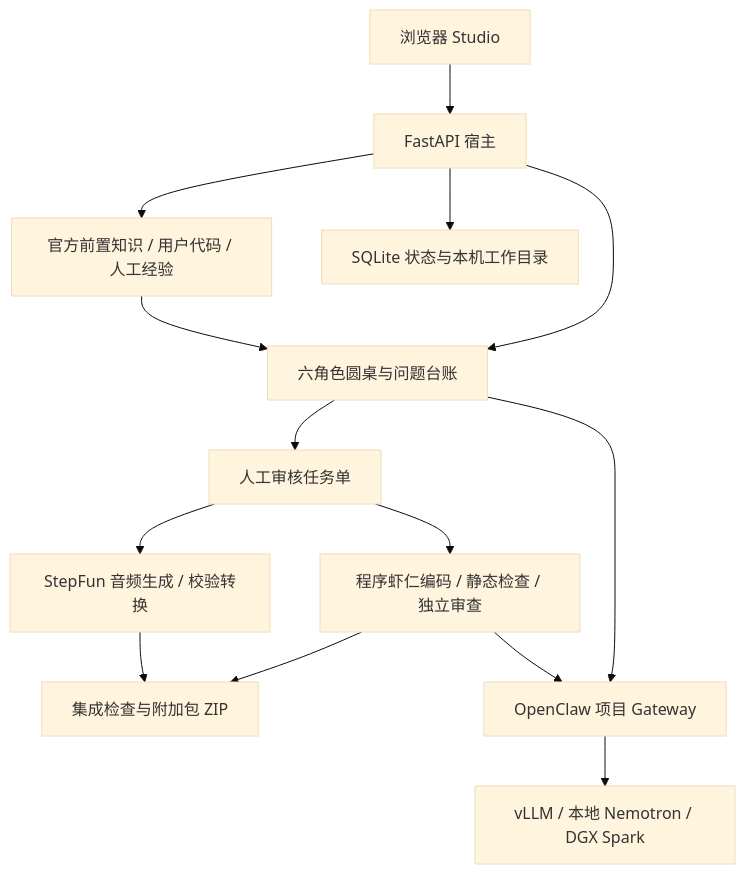
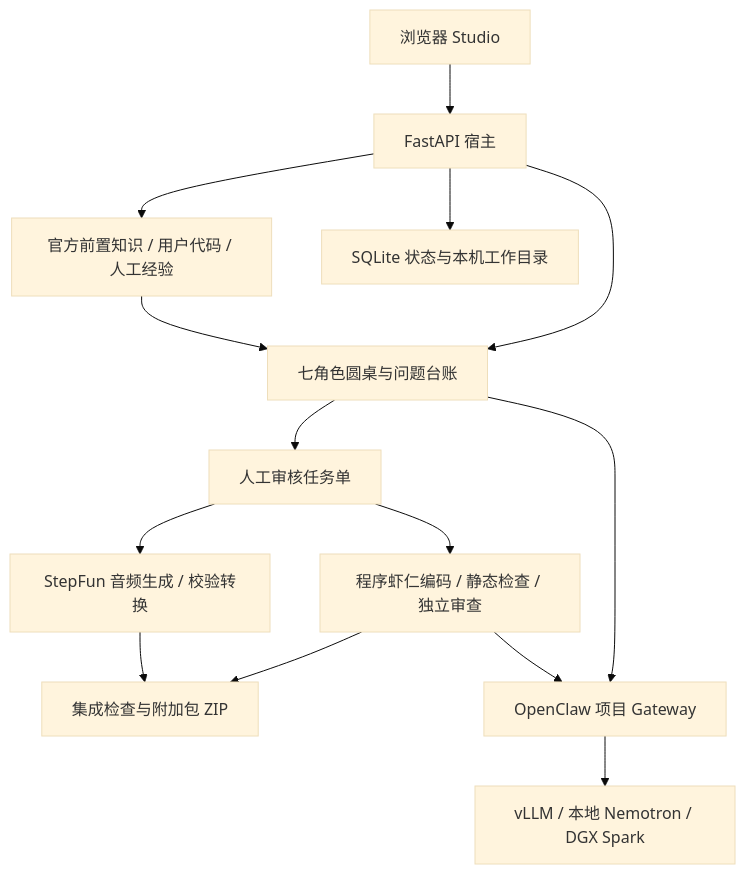
Before and after one commit to NovaDime/DGXSparkCraft: the diagram in docs/architecture.md, drawn with Mermaid (base theme). The commit also changed other lines of this file and 95 other files, not shown here.

````diff
--- a/docs/architecture.md
+++ b/docs/architecture.md
@@ -5,16 +5,16 @@
 ```mermaid
 flowchart TD
     UI[浏览器 Studio] --> API[FastAPI 宿主]
-    API --> RT[六角色圆桌与问题台账]
+    API --> RT[七角色圆桌与问题台账]
     API --> KNOW[官方前置知识 / 用户代码 / 人工经验]
     KNOW --> RT
     RT --> APPROVE[人工审核任务单]
     APPROVE --> CODE[程序虾仁编码 / 静态检查 / 独立审查]
     APPROVE --> SOUND[StepFun 音频生成 / 校验转换]
     CODE --> PACK[集成检查与附加包 ZIP]
     SOUND --> PACK
     RT --> GW[OpenClaw 项目 Gateway]
     CODE --> GW
     GW --> MODEL[vLLM / 本地 Nemotron / DGX Spark]
     API --> DB[SQLite 状态与本机工作目录]
 ```
````
